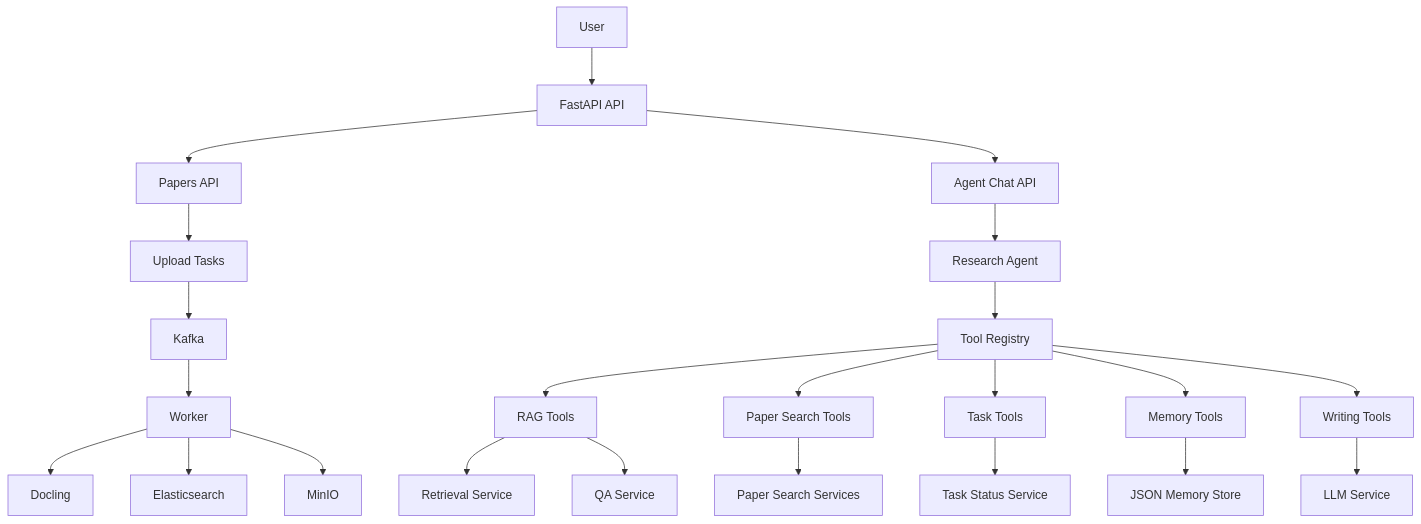
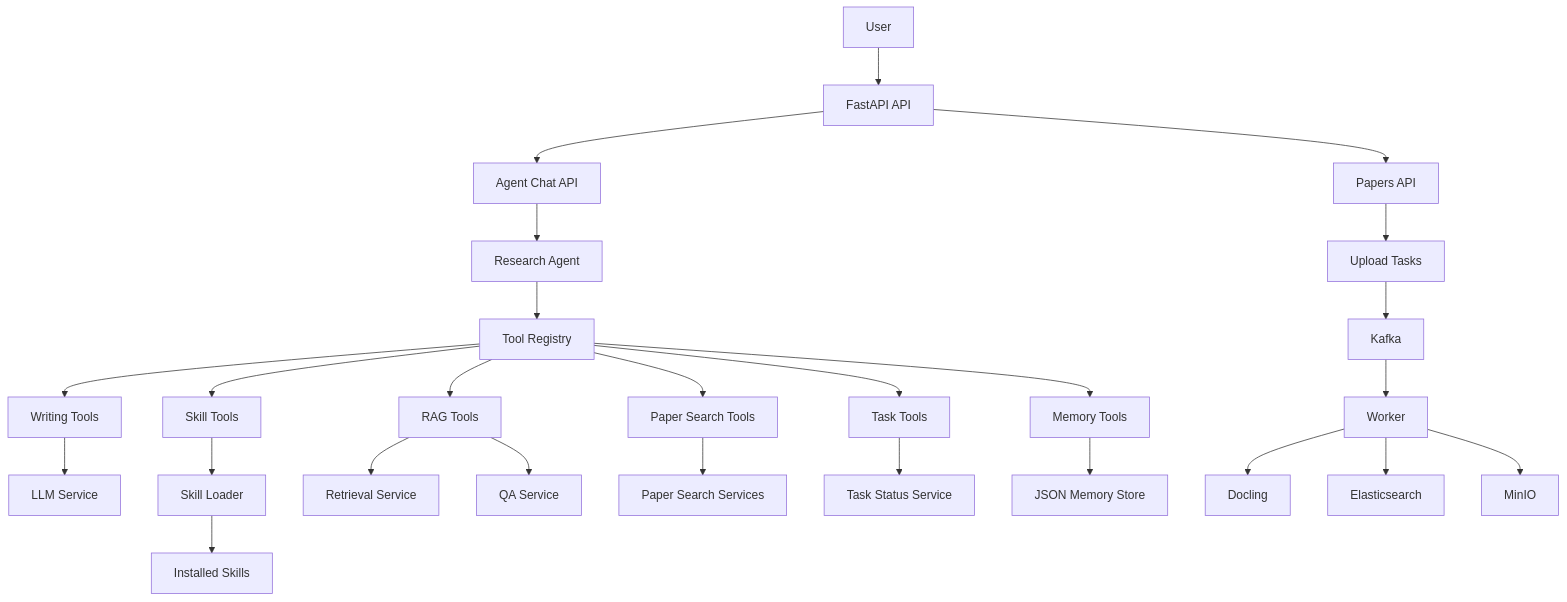
One commit to beforgeted/PaperMind changed the diagram in README.md. Above: the diagram before and after it, drawn with Mermaid. The commit also changed other lines of this file and 140 other files, not shown here.

````diff
--- a/README.md
+++ b/README.md
@@ -7,29 +7,32 @@
 ```mermaid
 flowchart TD
     User[User] --> FastAPI[FastAPI API]
     FastAPI --> PapersAPI[Papers API]
     FastAPI --> AgentAPI[Agent Chat API]
 
     PapersAPI --> Upload[Upload Tasks]
 
     AgentAPI --> ResearchAgent[Research Agent]
     ResearchAgent --> ToolRegistry[Tool Registry]
     ToolRegistry --> RagTools[RAG Tools]
     ToolRegistry --> PaperTools[Paper Search Tools]
     ToolRegistry --> TaskTools[Task Tools]
     ToolRegistry --> MemoryTools[Memory Tools]
     ToolRegistry --> WritingTools[Writing Tools]
+    ToolRegistry --> SkillTools[Skill Tools]
+    WritingTools --> LLMService[LLM Service]
+    SkillTools --> SkillLoader[Skill Loader]
+    SkillLoader --> InstalledSkills[Installed Skills]
 
     RagTools --> RetrievalService[Retrieval Service]
     RagTools --> QAService[QA Service]
     PaperTools --> PaperServices[Paper Search Services]
     TaskTools --> TaskStatus[Task Status Service]
     MemoryTools --> MemoryStore[JSON Memory Store]
-    WritingTools --> LLMService[LLM Service]
 
     Upload --> Kafka[Kafka]
     Kafka --> Worker[Worker]
     Worker --> Docling[Docling]
     Worker --> Elasticsearch[Elasticsearch]
     Worker --> MinIO[MinIO]
 ```
````
